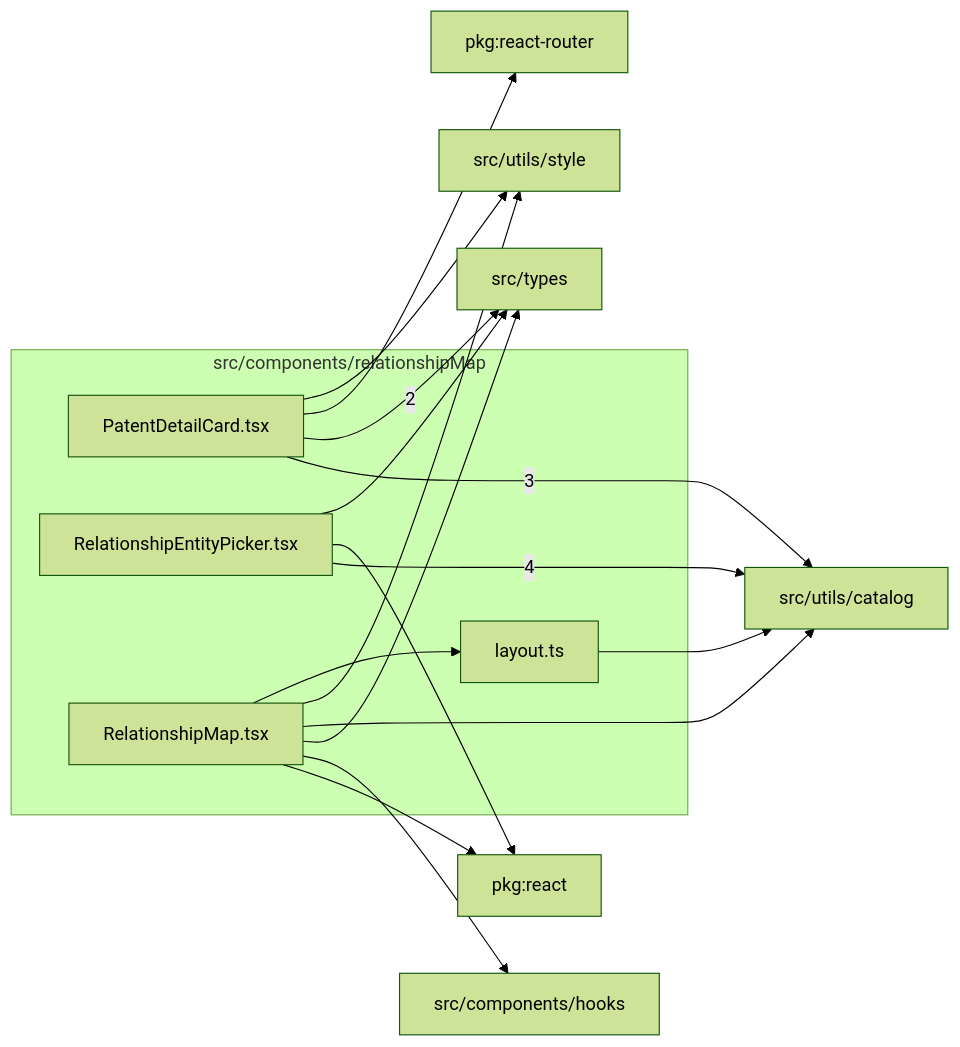
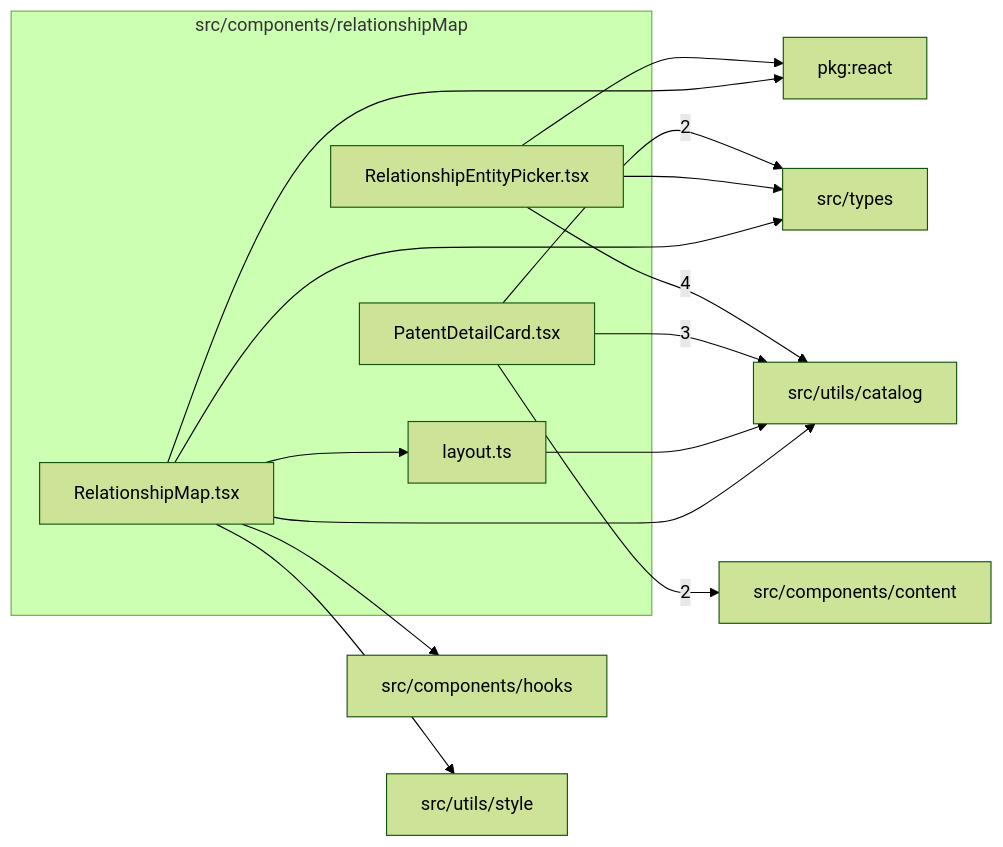
The diagram in src/components/relationshipMap/readme.md (ronbuening/LensVisualizer), drawn with Mermaid (forest theme) before and after one commit. The commit also changed other lines of this file and 15 other files, not shown here.

Commit message:
Reuse shared patent attribution components

````diff
--- a/src/components/relationshipMap/readme.md
+++ b/src/components/relationshipMap/readme.md
@@ -9,29 +9,28 @@
 ```mermaid
 flowchart LR
   subgraph n_src_components_relationshipMap["src/components/relationshipMap"]
     n_src_components_relationshipMap_src_components_relationshipMap_layout_ts["layout.ts"]
     n_src_components_relationshipMap_src_components_relationshipMap_PatentDetailCard_tsx["PatentDetailCard.tsx"]
     n_src_components_relationshipMap_src_components_relationshipMap_RelationshipEntityPicker_tsx["RelationshipEntityPicker.tsx"]
     n_src_components_relationshipMap_src_components_relationshipMap_RelationshipMap_tsx["RelationshipMap.tsx"]
   end
   n_external_src_utils_catalog["src/utils/catalog"]
+  n_external_src_components_content["src/components/content"]
   n_external_src_types["src/types"]
   n_external_pkg_react["pkg:react"]
-  n_external_pkg_react_router["pkg:react-router"]
   n_external_src_components_hooks["src/components/hooks"]
   n_external_src_utils_style["src/utils/style"]
   n_src_components_relationshipMap_src_components_relationshipMap_RelationshipEntityPicker_tsx --> |4| n_external_src_utils_catalog
   n_src_components_relationshipMap_src_components_relationshipMap_PatentDetailCard_tsx --> |3| n_external_src_utils_catalog
+  n_src_components_relationshipMap_src_components_relationshipMap_PatentDetailCard_tsx --> |2| n_external_src_components_content
   n_src_components_relationshipMap_src_components_relationshipMap_PatentDetailCard_tsx --> |2| n_external_src_types
   n_src_components_relationshipMap_src_components_relationshipMap_RelationshipEntityPicker_tsx --> n_external_pkg_react
   n_src_components_relationshipMap_src_components_relationshipMap_RelationshipMap_tsx --> n_external_pkg_react
-  n_src_components_relationshipMap_src_components_relationshipMap_PatentDetailCard_tsx --> n_external_pkg_react_router
   n_src_components_relationshipMap_src_components_relationshipMap_RelationshipMap_tsx --> n_external_src_components_hooks
   n_src_components_relationshipMap_src_components_relationshipMap_RelationshipEntityPicker_tsx --> n_external_src_types
   n_src_components_relationshipMap_src_components_relationshipMap_RelationshipMap_tsx --> n_external_src_types
   n_src_components_relationshipMap_src_components_relationshipMap_layout_ts --> n_external_src_utils_catalog
   n_src_components_relationshipMap_src_components_relationshipMap_RelationshipMap_tsx --> n_external_src_utils_catalog
-  n_src_components_relationshipMap_src_components_relationshipMap_PatentDetailCard_tsx --> n_external_src_utils_style
   n_src_components_relationshipMap_src_components_relationshipMap_RelationshipMap_tsx --> n_external_src_utils_style
   n_src_components_relationshipMap_src_components_relationshipMap_RelationshipMap_tsx --> n_src_components_relationshipMap_src_components_relationshipMap_layout_ts
 ```
````
